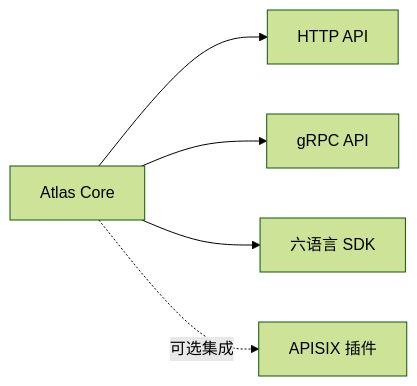
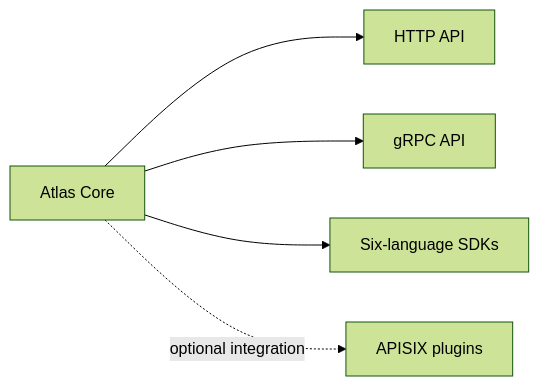
Before and after one commit to cuihairu/atlas: the second of 2 diagrams in README.md, drawn with Mermaid (forest theme). The commit also changed other lines of this file and 1 other file, not shown here.

````diff
--- a/README.md
+++ b/README.md
@@ -312,7 +314,7 @@
 ```mermaid
 flowchart LR
     CORE["Atlas Core"] --> HTTP["HTTP API"]
     CORE --> GRPC["gRPC API"]
-    CORE --> SDK["六语言 SDK"]
-    CORE -.->|可选集成| APISIX["APISIX 插件"]
+    CORE --> SDK["Six-language SDKs"]
+    CORE -.->|optional integration| APISIX["APISIX plugins"]
 ```
````
